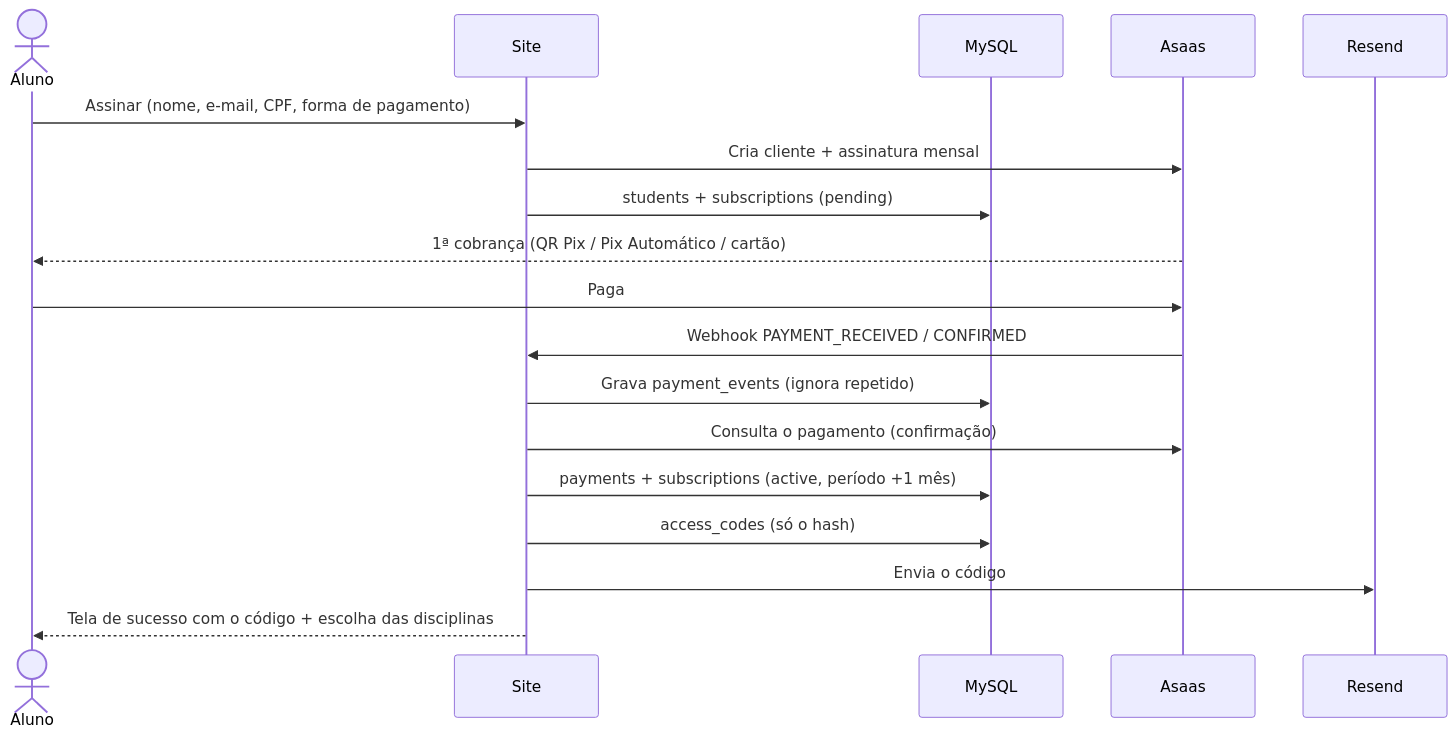
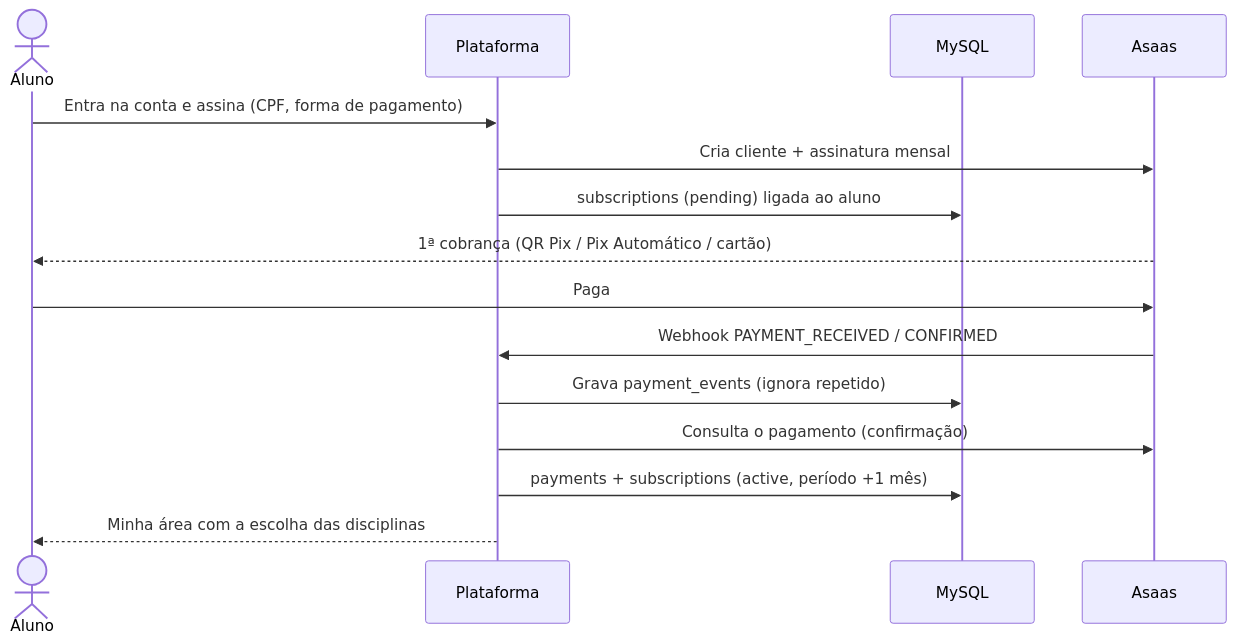
The first of 2 diagrams in docs/05-fluxos.md (paulosoares7/paulo_soares_portifolio), drawn with Mermaid before and after one commit. The commit also changed other lines of this file and 82 other files, not shown here.

First line of the commit message:
chore: remove a pasta site, textos de código de acesso e atualiza a documentação

````diff
--- a/docs/05-fluxos.md
+++ b/docs/05-fluxos.md
@@ -8,20 +9,17 @@
 ```mermaid
 sequenceDiagram
     actor Aluno
-    participant Site
+    participant Plataforma
     participant DB as MySQL
     participant Asaas
-    participant Email as Resend
-    Aluno->>Site: Assinar (nome, e-mail, CPF, forma de pagamento)
-    Site->>Asaas: Cria cliente + assinatura mensal
-    Site->>DB: students + subscriptions (pending)
+    Aluno->>Plataforma: Entra na conta e assina (CPF, forma de pagamento)
+    Plataforma->>Asaas: Cria cliente + assinatura mensal
+    Plataforma->>DB: subscriptions (pending) ligada ao aluno
     Asaas-->>Aluno: 1ª cobrança (QR Pix / Pix Automático / cartão)
     Aluno->>Asaas: Paga
-    Asaas->>Site: Webhook PAYMENT_RECEIVED / CONFIRMED
-    Site->>DB: Grava payment_events (ignora repetido)
-    Site->>Asaas: Consulta o pagamento (confirmação)
-    Site->>DB: payments + subscriptions (active, período +1 mês)
-    Site->>DB: access_codes (só o hash)
-    Site->>Email: Envia o código
-    Site-->>Aluno: Tela de sucesso com o código + escolha das disciplinas
+    Asaas->>Plataforma: Webhook PAYMENT_RECEIVED / CONFIRMED
+    Plataforma->>DB: Grava payment_events (ignora repetido)
+    Plataforma->>Asaas: Consulta o pagamento (confirmação)
+    Plataforma->>DB: payments + subscriptions (active, período +1 mês)
+    Plataforma-->>Aluno: Minha área com a escolha das disciplinas
 ```
````
